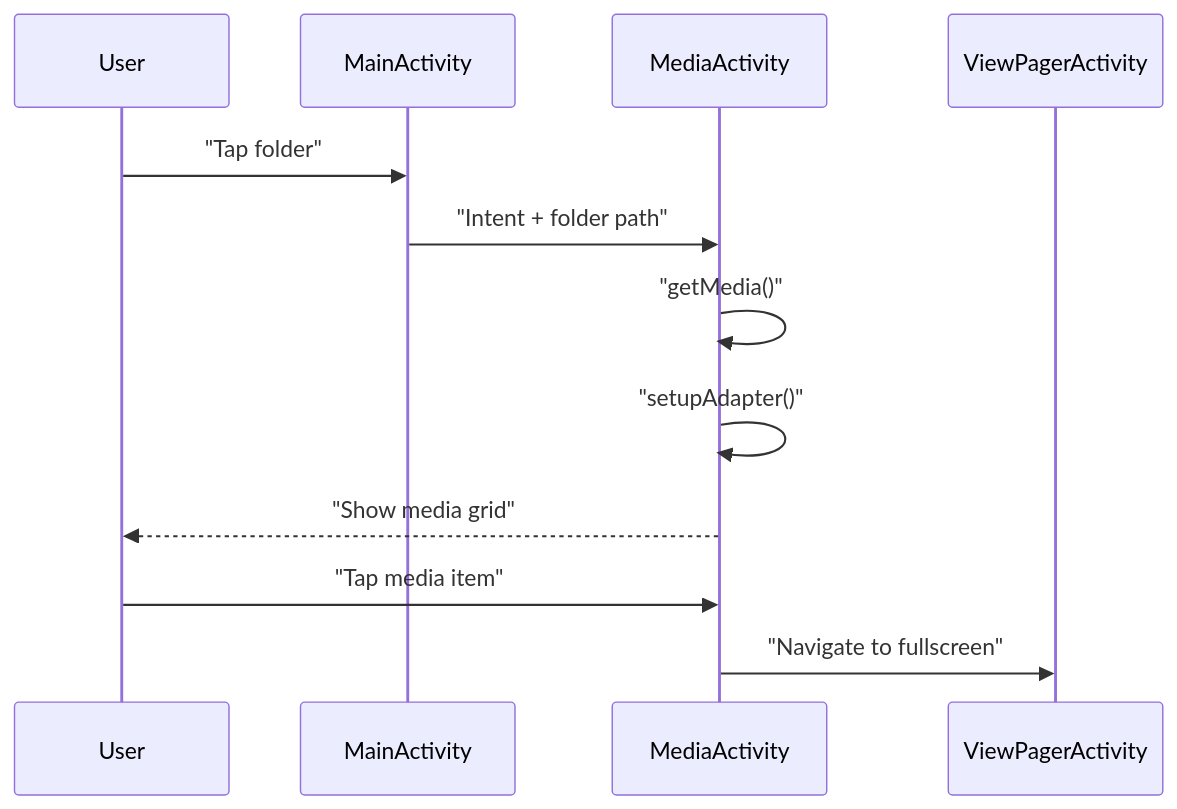
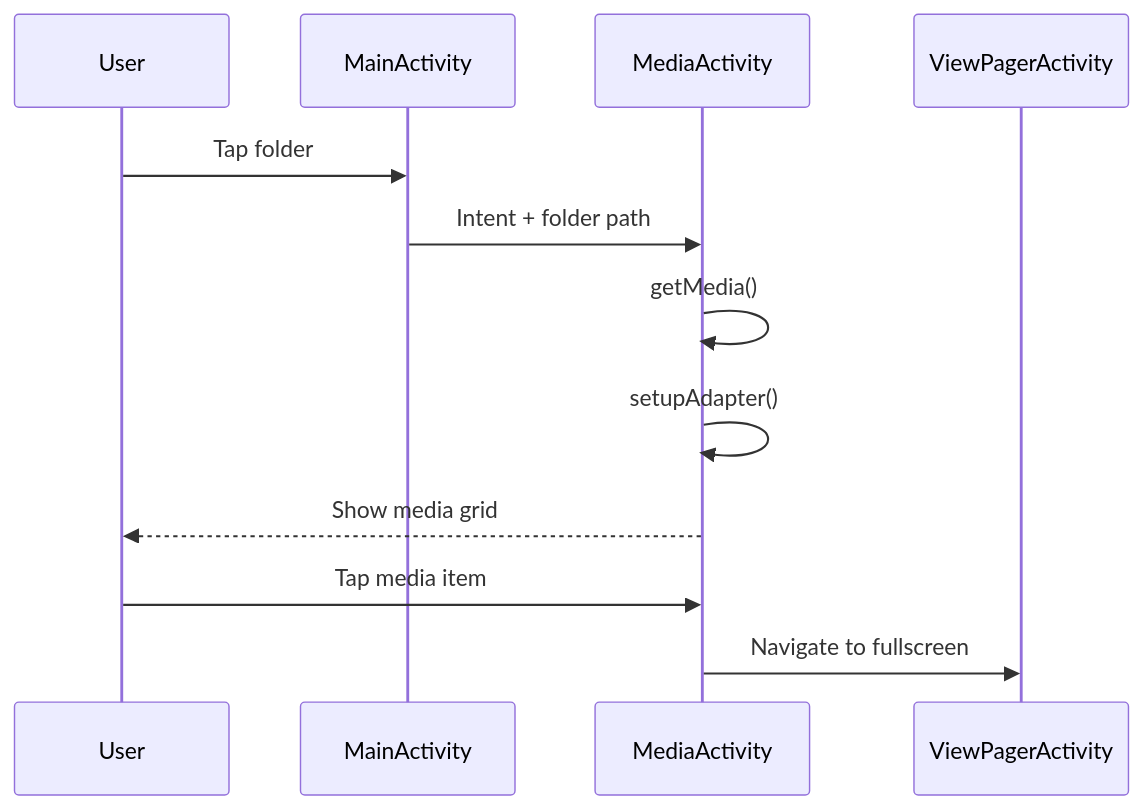
Before and after one commit to zcamb1/Gallery: the third of 6 diagrams in project_documentation/2_APP_MODULE/ui_layer/activities_fragments.md, drawn with Mermaid. The commit also changed other lines of this file, not shown here.

````diff
--- a/project_documentation/2_APP_MODULE/ui_layer/activities_fragments.md
+++ b/project_documentation/2_APP_MODULE/ui_layer/activities_fragments.md
@@ -106,16 +104,16 @@
 ```mermaid
 sequenceDiagram
     participant User
     participant MainActivity
     participant MediaActivity
     participant ViewPagerActivity
     
-    User->>MainActivity: "Tap folder"
-    MainActivity->>MediaActivity: "Intent + folder path"
-    MediaActivity->>MediaActivity: "getMedia()"
-    MediaActivity->>MediaActivity: "setupAdapter()"
-    MediaActivity-->>User: "Show media grid"
+    User->>MainActivity: Tap folder
+    MainActivity->>MediaActivity: Intent + folder path
+    MediaActivity->>MediaActivity: getMedia()
+    MediaActivity->>MediaActivity: setupAdapter()
+    MediaActivity-->>User: Show media grid
     
-    User->>MediaActivity: "Tap media item"
-    MediaActivity->>ViewPagerActivity: "Navigate to fullscreen"
+    User->>MediaActivity: Tap media item
+    MediaActivity->>ViewPagerActivity: Navigate to fullscreen
 ```
````
